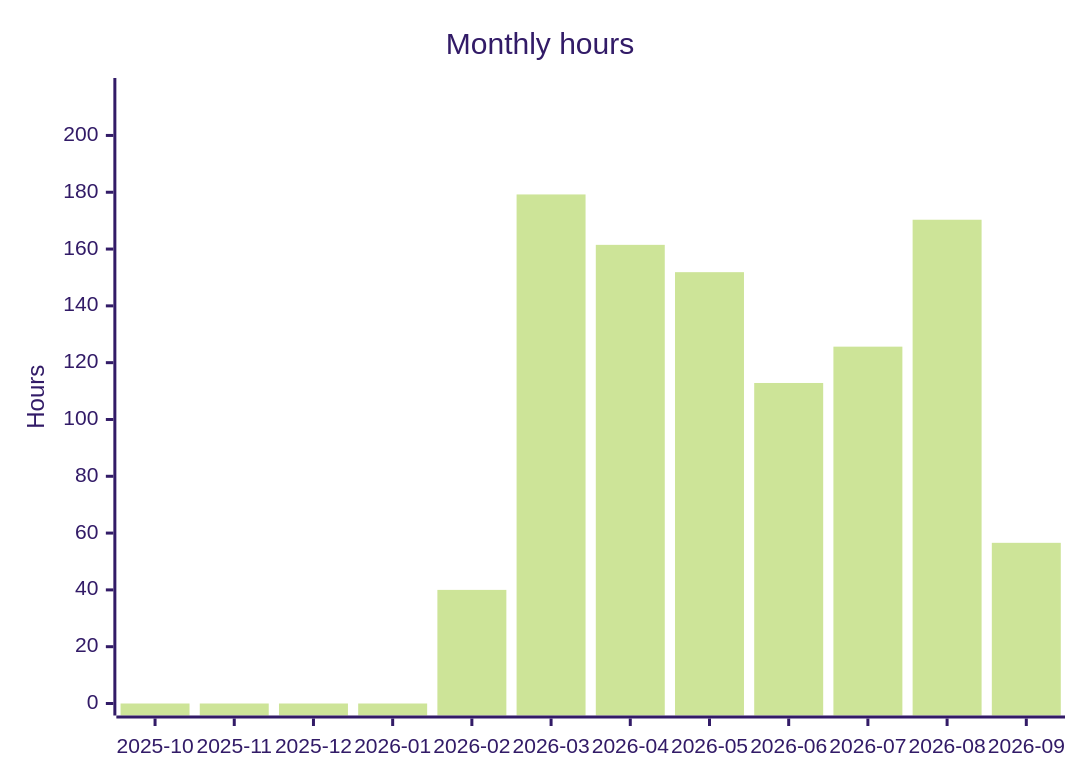
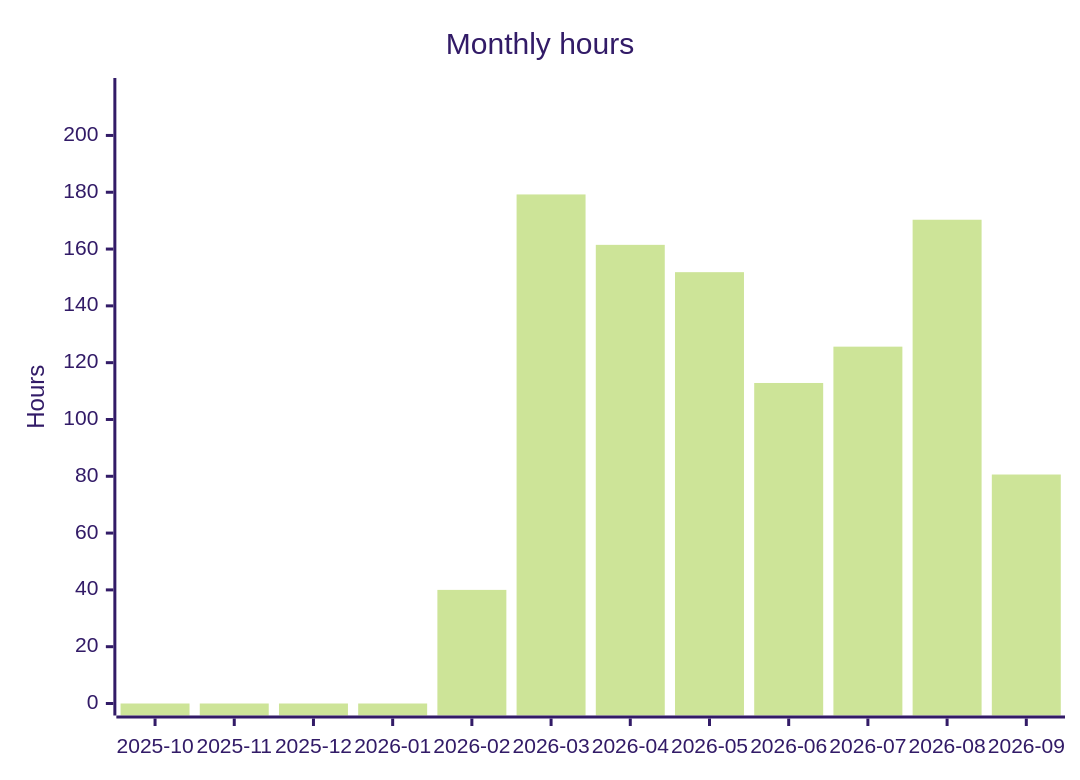
The fourth of 5 diagrams in README.org (albinforsberg-netizen/timeclock), drawn with Mermaid (forest theme) before and after one commit. The commit also changed other lines of this file, not shown here.

```diff
--- a/README.org
+++ b/README.org
@@ -121,7 +121,7 @@
 #+begin_src mermaid
 xychart-beta
     title "Monthly hours"
     x-axis ["2025-10", "2025-11", "2025-12", "2026-01", "2026-02", "2026-03", "2026-04", "2026-05", "2026-06", "2026-07", "2026-08", "2026-09"]
     y-axis "Hours" 0 --> 216
-    bar [0.00, 0.00, 0.00, 0.00, 40.00, 179.23, 161.48, 151.86, 112.85, 125.64, 170.32, 56.57]
+    bar [0.00, 0.00, 0.00, 0.00, 40.00, 179.23, 161.48, 151.86, 112.85, 125.64, 170.32, 80.62]
 #+end_src
```
